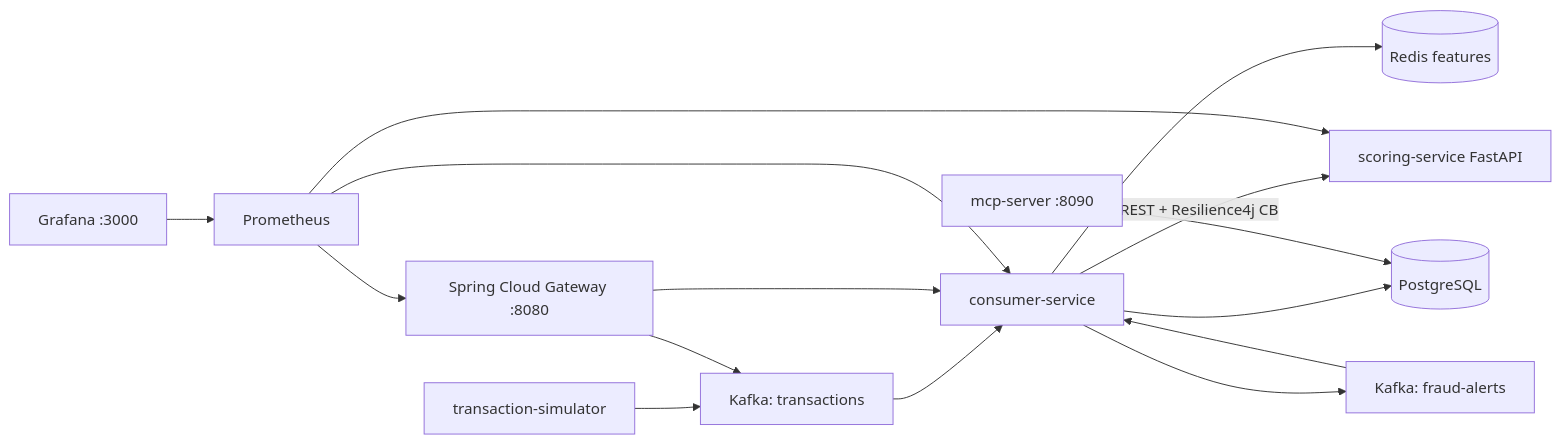
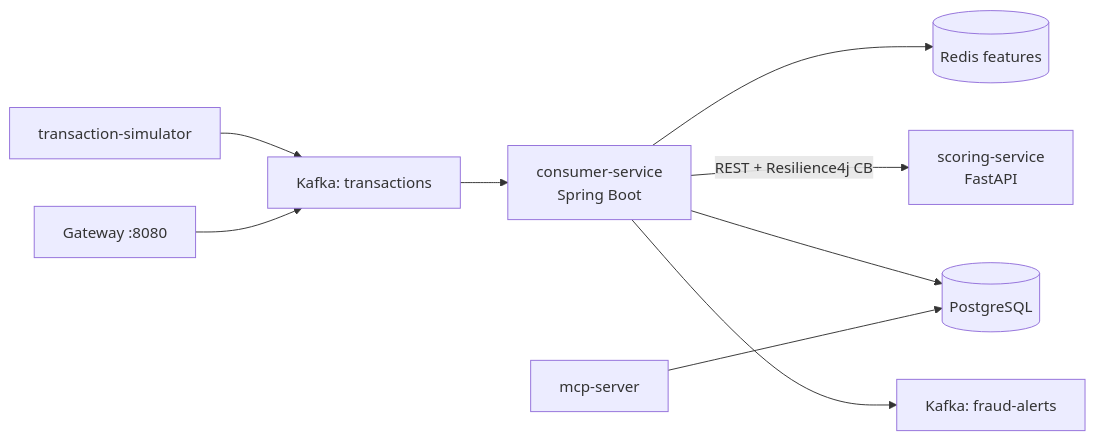
Before and after one commit to Lubhawani-Singh-Chouhan/Fraudguard: the first of 2 diagrams in README.md, drawn with Mermaid. The commit also changed other lines of this file, not shown here.

````diff
--- a/README.md
+++ b/README.md
@@ -15,17 +17,11 @@
 ```mermaid
 flowchart LR
     Sim["transaction-simulator"] --> KafkaTx["Kafka: transactions"]
-    GW["Spring Cloud Gateway :8080"] --> KafkaTx
-    KafkaTx --> Consumer["consumer-service"]
+    GW["Gateway :8080"] --> KafkaTx
+    KafkaTx --> Consumer["consumer-service<br/>Spring Boot"]
     Consumer --> Redis[("Redis features")]
-    Consumer -->|"REST + Resilience4j CB"| Score["scoring-service FastAPI"]
+    Consumer -->|"REST + Resilience4j CB"| Score["scoring-service<br/>FastAPI"]
     Consumer --> PG[("PostgreSQL")]
     Consumer --> KafkaAlert["Kafka: fraud-alerts"]
-    KafkaAlert --> Consumer
-    GW --> Consumer
-    MCP["mcp-server :8090"] --> PG
-    Prom["Prometheus"] --> GW
-    Prom --> Consumer
-    Prom --> Score
-    Graf["Grafana :3000"] --> Prom
+    MCP["mcp-server"] --> PG
 ```
````
